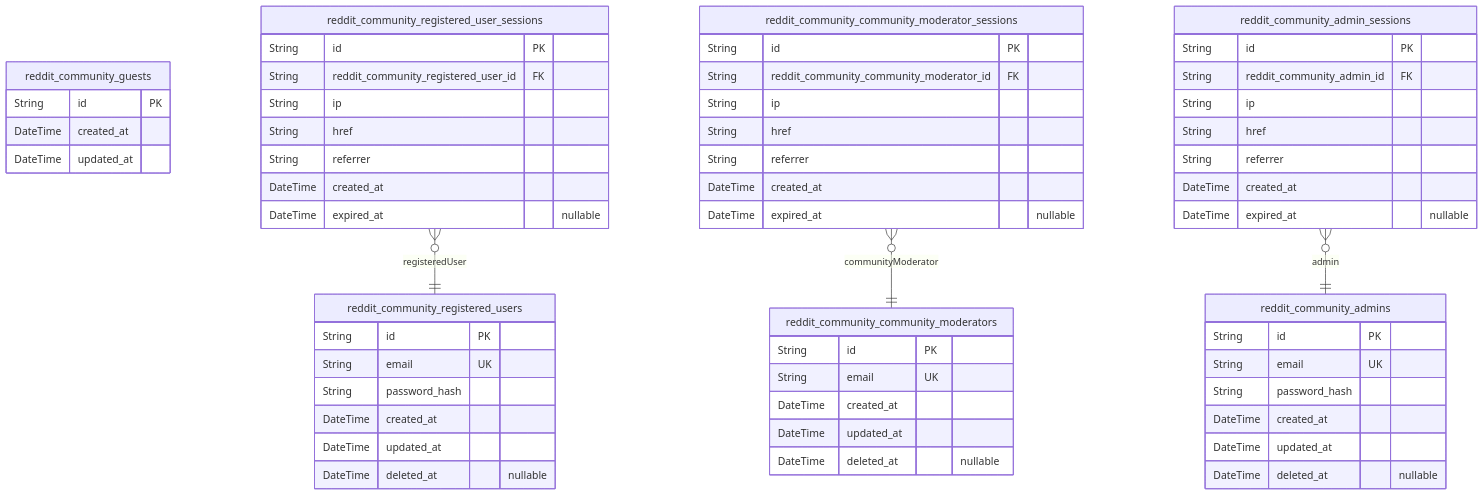
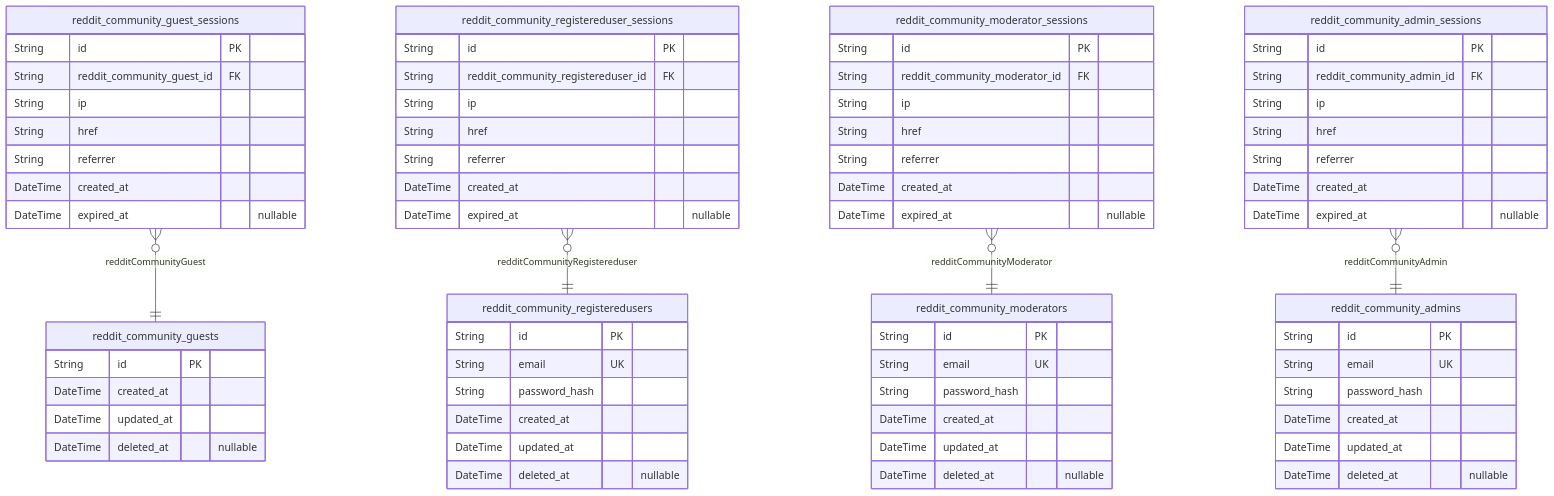
The second of 5 diagrams in openai/gpt-4.1-mini/reddit/docs/ERD.md (wrtnlabs/autobe-examples), drawn with Mermaid before and after one commit. The commit also changed other lines of this file and 1746 other files, not shown here.

````diff
--- a/openai/gpt-4.1-mini/reddit/docs/ERD.md
+++ b/openai/gpt-4.1-mini/reddit/docs/ERD.md
@@ -60,61 +53,73 @@
 ```mermaid
 erDiagram
 "reddit_community_guests" {
   String id PK
   DateTime created_at
   DateTime updated_at
+  DateTime deleted_at "nullable"
 }
-"reddit_community_registered_users" {
+"reddit_community_registeredusers" {
   String id PK
   String email UK
   String password_hash
   DateTime created_at
   DateTime updated_at
   DateTime deleted_at "nullable"
 }
-"reddit_community_community_moderators" {
+"reddit_community_moderators" {
   String id PK
   String email UK
+  String password_hash
   DateTime created_at
   DateTime updated_at
   DateTime deleted_at "nullable"
 }
 "reddit_community_admins" {
   String id PK
   String email UK
   String password_hash
   DateTime created_at
   DateTime updated_at
   DateTime deleted_at "nullable"
 }
-"reddit_community_registered_user_sessions" {
+"reddit_community_guest_sessions" {
   String id PK
-  String reddit_community_registered_user_id FK
+  String reddit_community_guest_id FK
   String ip
   String href
   String referrer
   DateTime created_at
   DateTime expired_at "nullable"
 }
-"reddit_community_community_moderator_sessions" {
+"reddit_community_registereduser_sessions" {
   String id PK
-  String reddit_community_community_moderator_id FK
+  String reddit_community_registereduser_id FK
+  String ip
+  String href
+  String referrer
+  DateTime created_at
+  DateTime expired_at "nullable"
+}
+"reddit_community_moderator_sessions" {
+  String id PK
+  String reddit_community_moderator_id FK
   String ip
   String href
   String referrer
   DateTime created_at
   DateTime expired_at "nullable"
 }
 "reddit_community_admin_sessions" {
   String id PK
   String reddit_community_admin_id FK
   String ip
   String href
   String referrer
   DateTime created_at
   DateTime expired_at "nullable"
 }
-"reddit_community_registered_user_sessions" }o--|| "reddit_community_registered_users" : registeredUser
-"reddit_community_community_moderator_sessions" }o--|| "reddit_community_community_moderators" : communityModerator
-"reddit_community_admin_sessions" }o--|| "reddit_community_admins" : admin
+"reddit_community_guest_sessions" }o--|| "reddit_community_guests" : redditCommunityGuest
+"reddit_community_registereduser_sessions" }o--|| "reddit_community_registeredusers" : redditCommunityRegistereduser
+"reddit_community_moderator_sessions" }o--|| "reddit_community_moderators" : redditCommunityModerator
+"reddit_community_admin_sessions" }o--|| "reddit_community_admins" : redditCommunityAdmin
 ```
````
